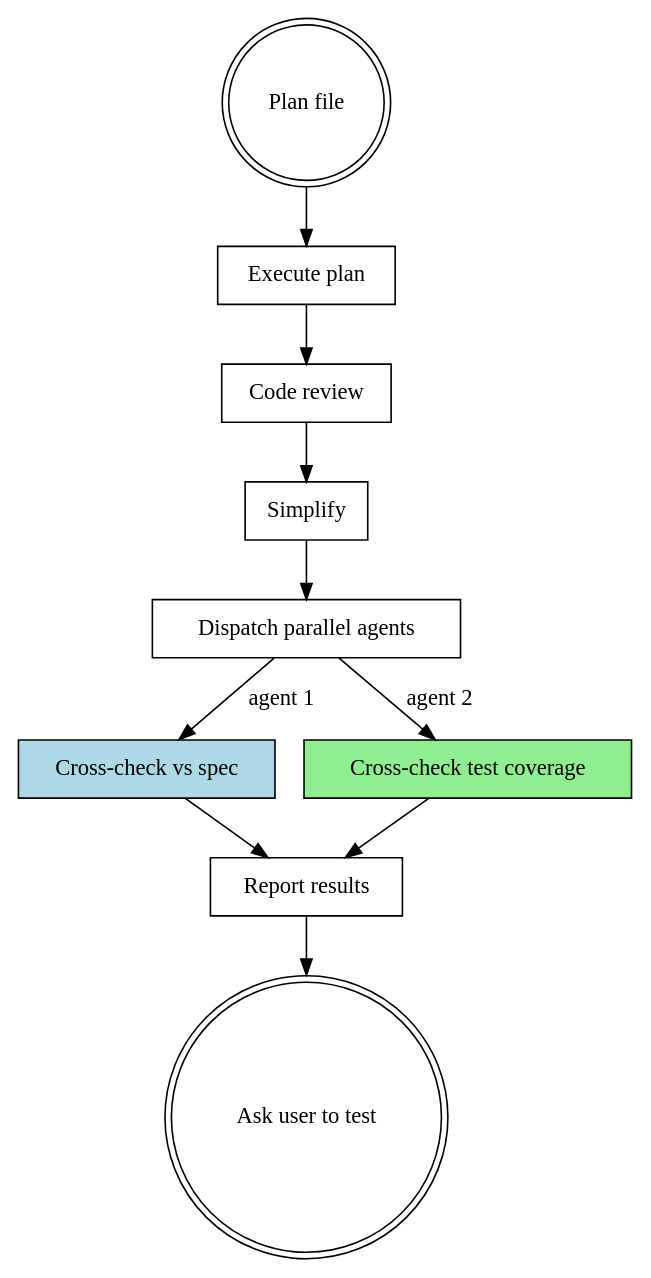
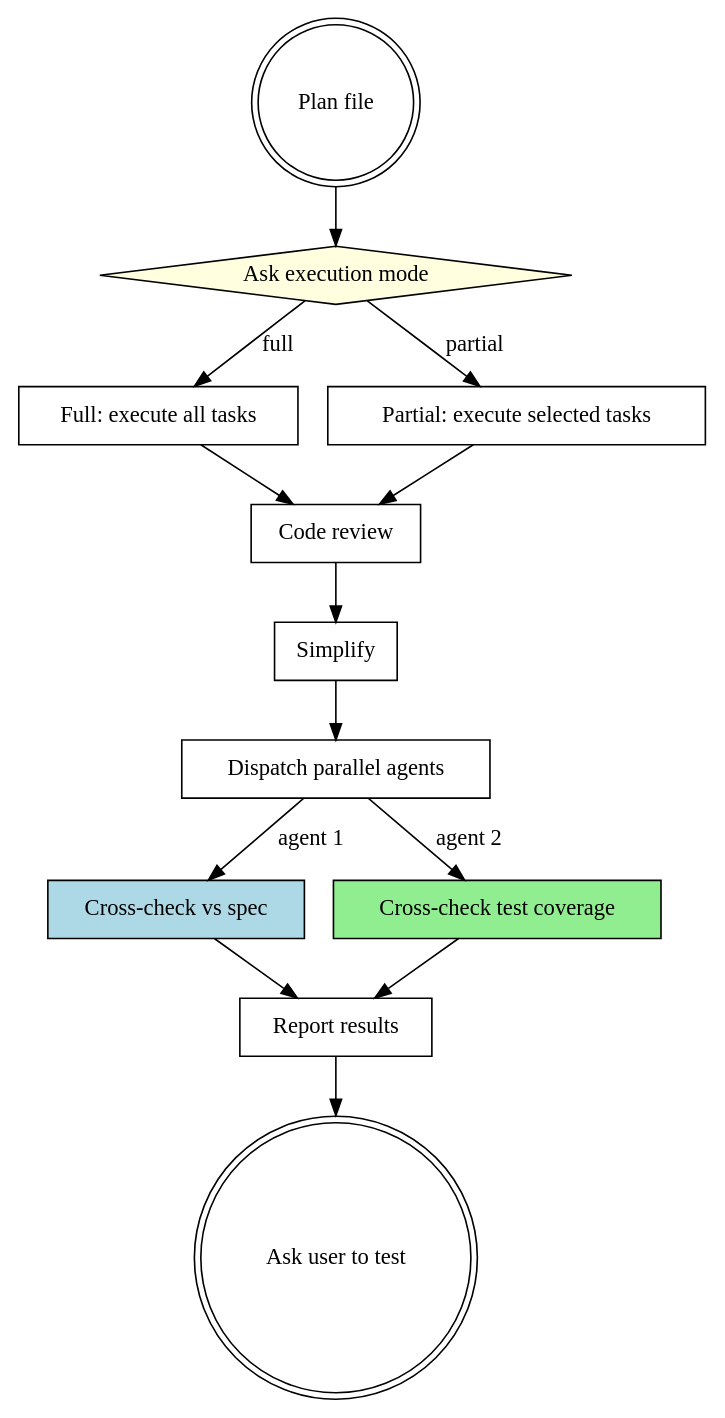
One commit to pandaworks-software-plt/pandahrms-skills changed the diagram in skills/execution-pipeline/SKILL.md. Above: the diagram before and after it, drawn with Graphviz. The commit also changed other lines of this file, not shown here.

First line of the commit message:
feat(execution-pipeline): add full/partial execution mode choice

````diff
--- a/skills/execution-pipeline/SKILL.md
+++ b/skills/execution-pipeline/SKILL.md
@@ -28,23 +28,28 @@
 ```dot
 digraph pipeline {
     "Plan file" [shape=doublecircle];
-    "Execute plan" [shape=box];
+    "Ask execution mode" [shape=diamond, style=filled, fillcolor=lightyellow];
+    "Full: execute all tasks" [shape=box];
+    "Partial: execute selected tasks" [shape=box];
     "Code review" [shape=box];
     "Simplify" [shape=box];
     "Dispatch agents" [shape=box, label="Dispatch parallel agents"];
     "Cross-check vs spec" [shape=box, style=filled, fillcolor=lightblue];
     "Cross-check test coverage" [shape=box, style=filled, fillcolor=lightgreen];
     "Report results" [shape=box];
     "Ask user to test" [shape=doublecircle];
 
-    "Plan file" -> "Execute plan";
-    "Execute plan" -> "Code review";
+    "Plan file" -> "Ask execution mode";
+    "Ask execution mode" -> "Full: execute all tasks" [label="full"];
+    "Ask execution mode" -> "Partial: execute selected tasks" [label="partial"];
+    "Full: execute all tasks" -> "Code review";
+    "Partial: execute selected tasks" -> "Code review";
     "Code review" -> "Simplify";
     "Simplify" -> "Dispatch agents";
     "Dispatch agents" -> "Cross-check vs spec" [label="agent 1"];
     "Dispatch agents" -> "Cross-check test coverage" [label="agent 2"];
     "Cross-check vs spec" -> "Report results";
     "Cross-check test coverage" -> "Report results";
     "Report results" -> "Ask user to test";
 }
 ```
````
